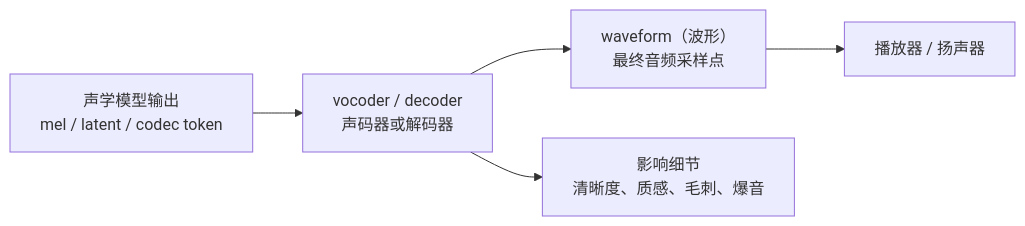
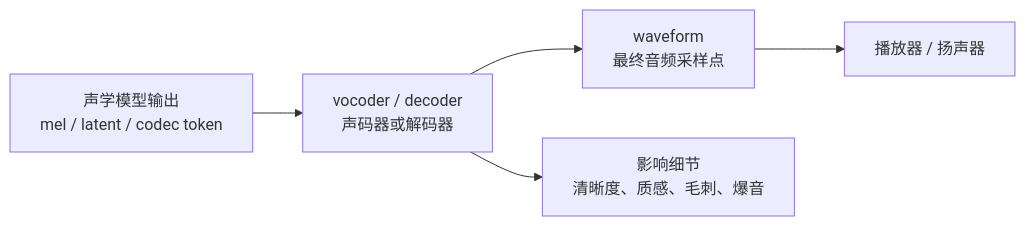
The first of 6 diagrams in books/chapter09_Vocoder与波形生成.md (dugenkui03/OmniVoice), drawn with Mermaid before and after one commit. The commit also changed other lines of this file and 14 other files, not shown here.

````diff
--- a/books/chapter09_Vocoder与波形生成.md
+++ b/books/chapter09_Vocoder与波形生成.md
@@ -19,7 +19,7 @@
 ```mermaid
 flowchart LR
     A["声学模型输出<br/>mel / latent / codec token"] --> B["vocoder / decoder<br/>声码器或解码器"]
-    B --> C["waveform（波形）<br/>最终音频采样点"]
+    B --> C["waveform<br/>最终音频采样点"]
     C --> D["播放器 / 扬声器"]
     B --> E["影响细节<br/>清晰度、质感、毛刺、爆音"]
 ```
````
